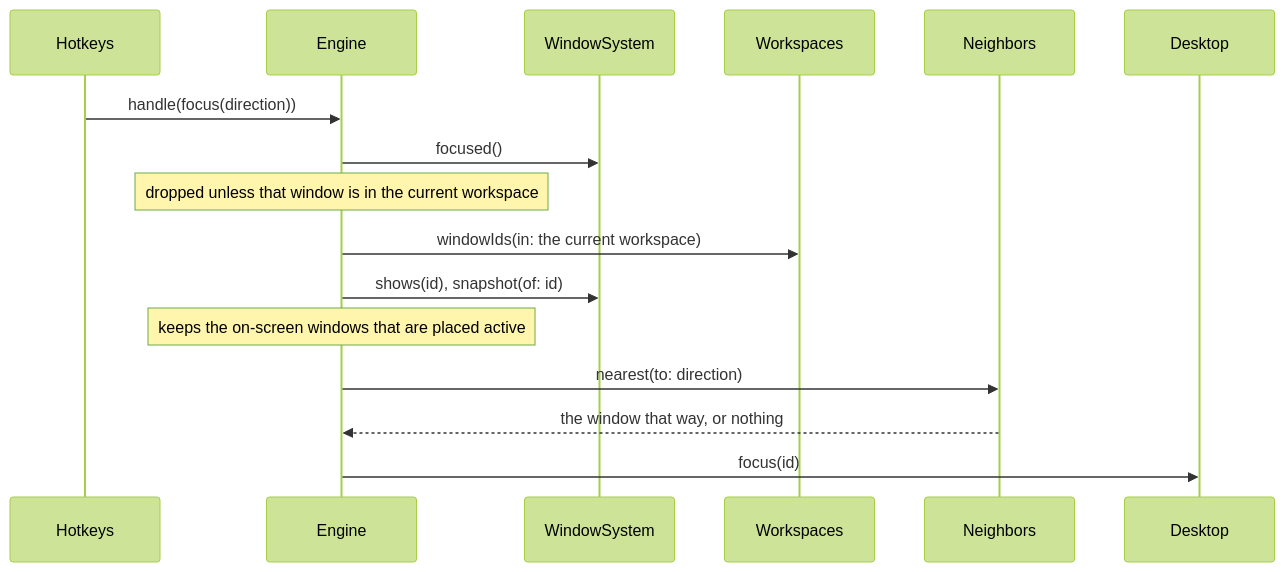
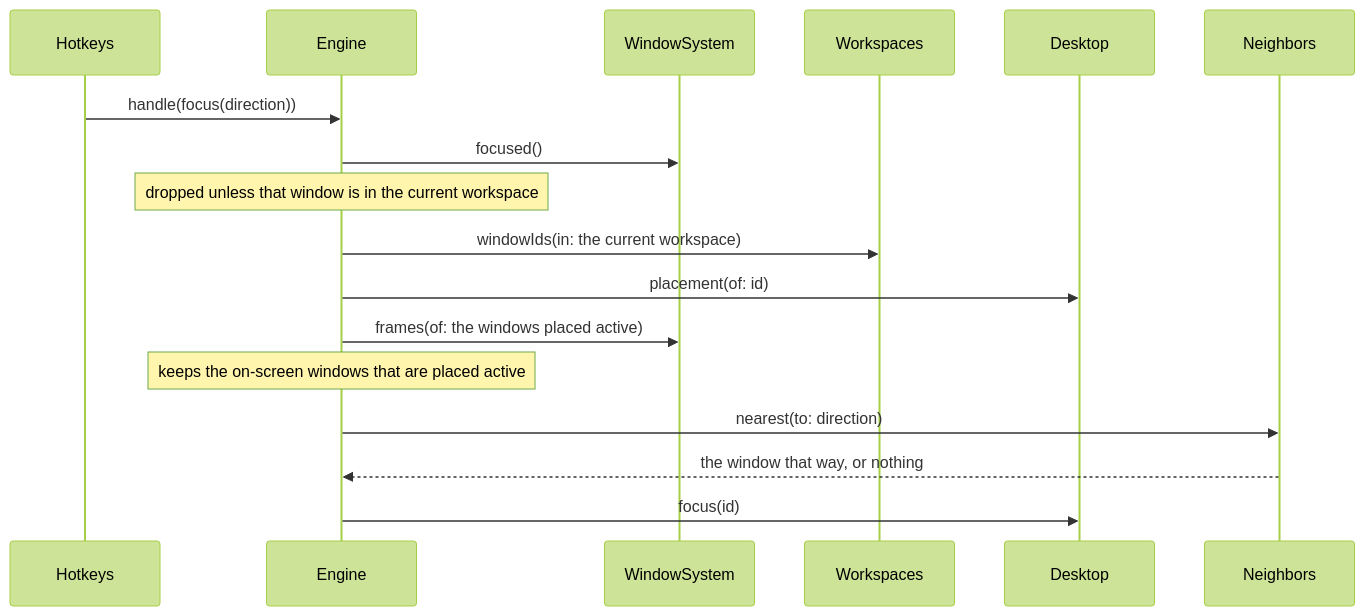
The tenth of 17 diagrams in ARCHITECTURE.md (brennovich/ottowm), drawn with Mermaid (forest theme) before and after one commit. The commit also changed other lines of this file and 2 other files, not shown here.

Commit message:
Improve cache for frames fetch

````diff
--- a/ARCHITECTURE.md
+++ b/ARCHITECTURE.md
@@ -199,12 +199,13 @@
 ```mermaid
 sequenceDiagram
     Hotkeys->>Engine: handle(focus(direction))
     Engine->>WindowSystem: focused()
     Note over Engine: dropped unless that window is in the current workspace
     Engine->>Workspaces: windowIds(in: the current workspace)
-    Engine->>WindowSystem: shows(id), snapshot(of: id)
+    Engine->>Desktop: placement(of: id)
+    Engine->>WindowSystem: frames(of: the windows placed active)
     Note over Engine: keeps the on-screen windows that are placed active
     Engine->>Neighbors: nearest(to: direction)
     Neighbors-->>Engine: the window that way, or nothing
     Engine->>Desktop: focus(id)
 ```
````
